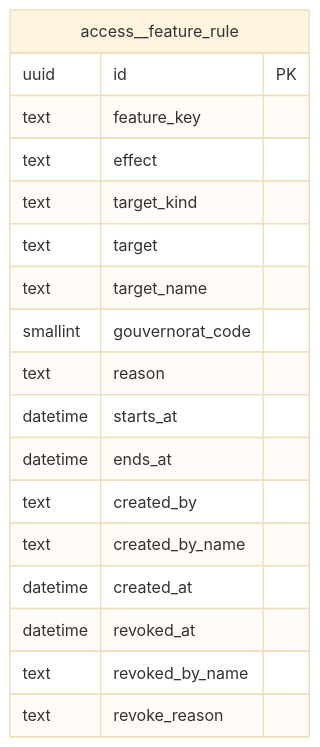
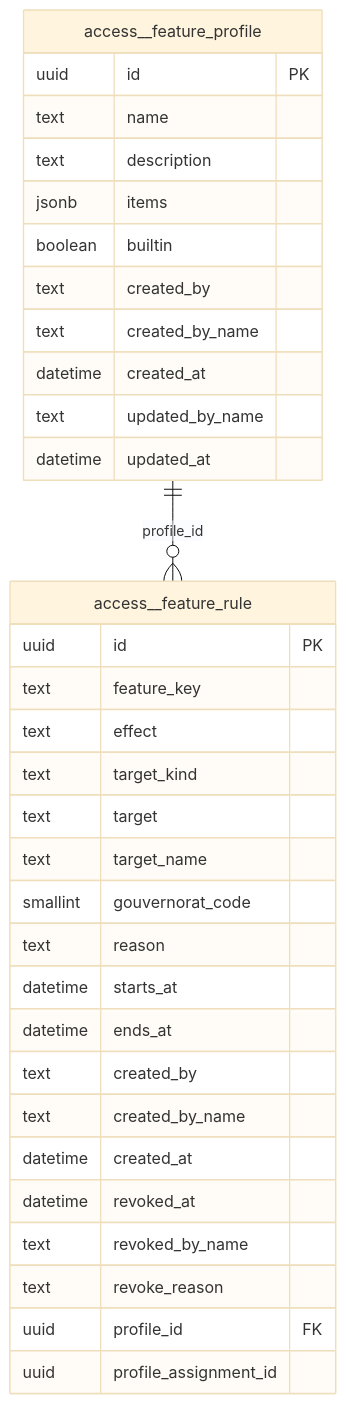
The first of 36 diagrams in docs/erd.md (mouhabouk/E-HIMAYA), drawn with Mermaid (base theme) before and after one commit. The commit also changed other lines of this file and 62 other files, not shown here.

````diff
--- a/docs/erd.md
+++ b/docs/erd.md
@@ -8,21 +8,36 @@
 ```mermaid
 erDiagram
+    access__feature_profile {
+        uuid id PK
+        text name
+        text description
+        jsonb items
+        boolean builtin
+        text created_by
+        text created_by_name
+        datetime created_at
+        text updated_by_name
+        datetime updated_at
+    }
     access__feature_rule {
         uuid id PK
         text feature_key
         text effect
         text target_kind
         text target
         text target_name
         smallint gouvernorat_code
         text reason
         datetime starts_at
         datetime ends_at
         text created_by
         text created_by_name
         datetime created_at
         datetime revoked_at
         text revoked_by_name
         text revoke_reason
+        uuid profile_id FK
+        uuid profile_assignment_id
     }
+    access__feature_profile ||--o{ access__feature_rule : "profile_id"
 ```
````
